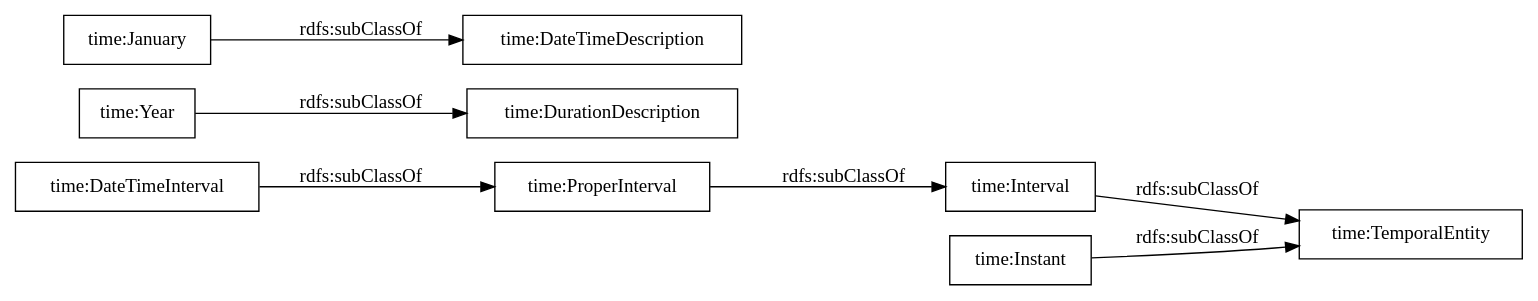
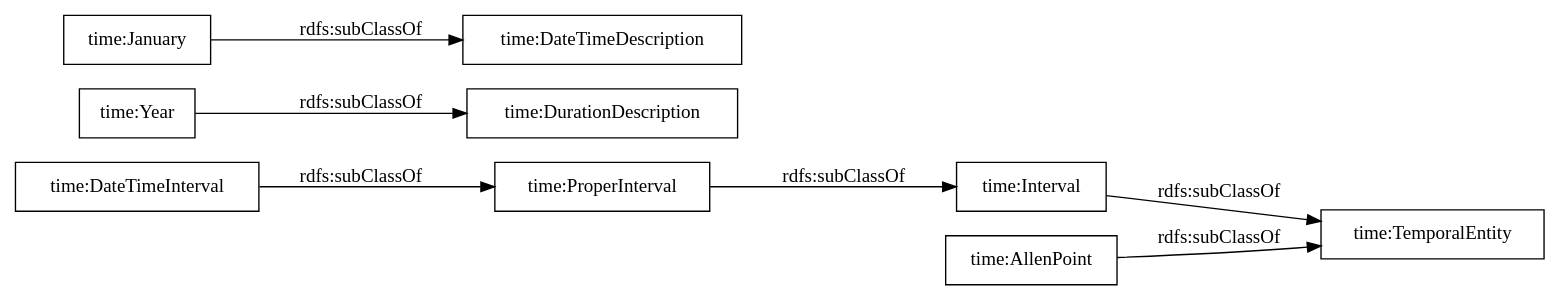
Before and after one commit to navasOEG/OntoTest: the diagram in OnToology/time.owl/diagrams/ar2dtool-taxonomy/time.owl.png.dot, drawn with Graphviz. The commit also changed 15 other files, not shown here.

```diff
--- a/OnToology/time.owl/diagrams/ar2dtool-taxonomy/time.owl.png.dot
+++ b/OnToology/time.owl/diagrams/ar2dtool-taxonomy/time.owl.png.dot
@@ -1,12 +1,12 @@
 digraph ar2dtool_diagram { 
 rankdir=LR;
 size="1000"
-node [shape = rectangle, color="black"]; "time:DateTimeInterval" "time:DurationDescription" "time:January" "time:ProperInterval" "time:Interval" "time:TemporalEntity" "time:Year" "time:DateTimeDescription" "time:Instant" ; /*classes style*/
+node [shape = rectangle, color="black"]; "time:DateTimeInterval" "time:DurationDescription" "time:January" "time:ProperInterval" "time:Interval" "time:TemporalEntity" "time:Year" "time:AllenPoint" "time:DateTimeDescription" ; /*classes style*/
 	"time:ProperInterval" -> "time:Interval" [ label = "rdfs:subClassOf" ];
 	"time:Year" -> "time:DurationDescription" [ label = "rdfs:subClassOf" ];
 	"time:January" -> "time:DateTimeDescription" [ label = "rdfs:subClassOf" ];
-	"time:Instant" -> "time:TemporalEntity" [ label = "rdfs:subClassOf" ];
+	"time:AllenPoint" -> "time:TemporalEntity" [ label = "rdfs:subClassOf" ];
 	"time:DateTimeInterval" -> "time:ProperInterval" [ label = "rdfs:subClassOf" ];
 	"time:Interval" -> "time:TemporalEntity" [ label = "rdfs:subClassOf" ];
 
 }
```
